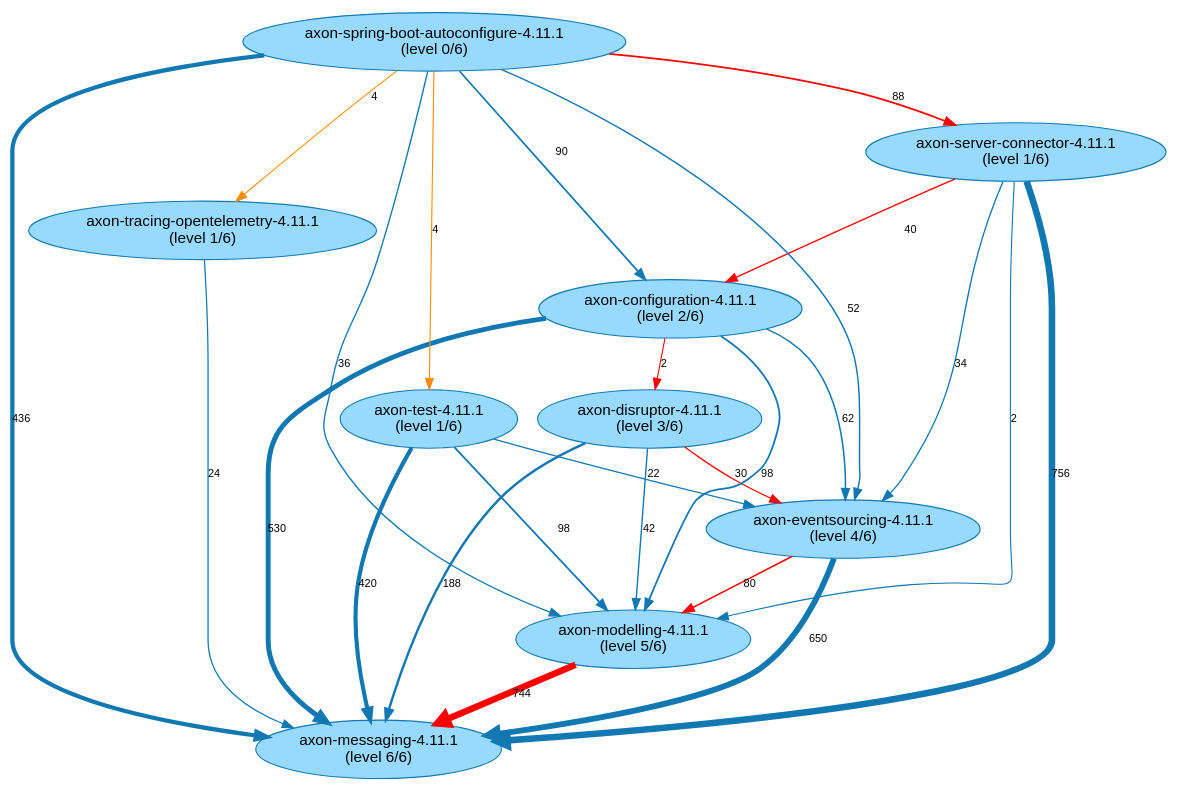
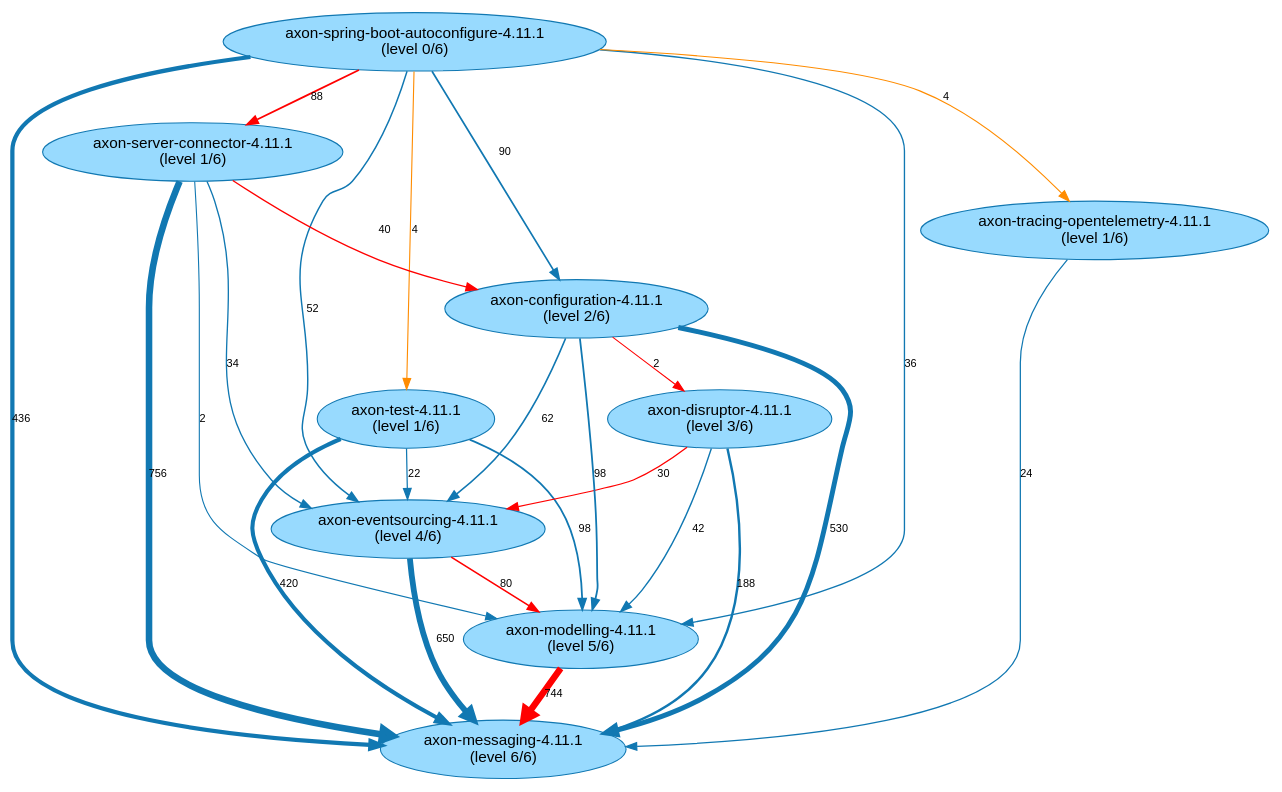
The diagram in analysis-results/AxonFramework/latest/path-finding-visualization/JavaArtifactLongestPaths.gv (JohT/code-graph-analysis-examples), drawn with Graphviz before and after one commit. The commit also changed other lines of this file and 399 other files, not shown here.

```diff
--- a/analysis-results/AxonFramework/latest/path-finding-visualization/JavaArtifactLongestPaths.gv
+++ b/analysis-results/AxonFramework/latest/path-finding-visualization/JavaArtifactLongestPaths.gv
@@ -1,37 +1,37 @@
 // This GraphViz dot file was generated by the script convertQueryResultCsvToGraphVizDotFile.sh with default.template
 
 strict digraph JavaArtifactLongestPaths {
     fontname = "Helvetica,Arial,sans-serif";
     node [fontname = "Helvetica,Arial,sans-serif";];
     edge [fontname = "Helvetica,Arial,sans-serif"; fontsize = 10;];
     node [style = filled; fillcolor = "0.560 0.400 0.999";];
     node [color = "0.560 0.900 0.700";];
     edge [color = "0.560 0.900 0.700";];
 	"axon-eventsourcing-4.11.1\n(level 4/6)" -> "axon-messaging-4.11.1\n(level 6/6)" [label=650; penwidth=5.3; ];
 	"axon-eventsourcing-4.11.1\n(level 4/6)" -> "axon-modelling-4.11.1\n(level 5/6)" [label=80; penwidth=1.52; color="red"; ];
+	"axon-test-4.11.1\n(level 1/6)" -> "axon-messaging-4.11.1\n(level 6/6)" [label=420; penwidth=3.77; ];
+	"axon-test-4.11.1\n(level 1/6)" -> "axon-modelling-4.11.1\n(level 5/6)" [label=98; penwidth=1.64; ];
+	"axon-test-4.11.1\n(level 1/6)" -> "axon-eventsourcing-4.11.1\n(level 4/6)" [label=22; penwidth=1.13; ];
 	"axon-disruptor-4.11.1\n(level 3/6)" -> "axon-messaging-4.11.1\n(level 6/6)" [label=188; penwidth=2.23; ];
 	"axon-disruptor-4.11.1\n(level 3/6)" -> "axon-modelling-4.11.1\n(level 5/6)" [label=42; penwidth=1.27; ];
 	"axon-disruptor-4.11.1\n(level 3/6)" -> "axon-eventsourcing-4.11.1\n(level 4/6)" [label=30; penwidth=1.19; color="red"; ];
 	"axon-configuration-4.11.1\n(level 2/6)" -> "axon-messaging-4.11.1\n(level 6/6)" [label=530; penwidth=4.5; ];
 	"axon-configuration-4.11.1\n(level 2/6)" -> "axon-eventsourcing-4.11.1\n(level 4/6)" [label=62; penwidth=1.4; ];
 	"axon-configuration-4.11.1\n(level 2/6)" -> "axon-modelling-4.11.1\n(level 5/6)" [label=98; penwidth=1.64; ];
 	"axon-configuration-4.11.1\n(level 2/6)" -> "axon-disruptor-4.11.1\n(level 3/6)" [label=2; penwidth=1.0; color="red"; ];
 	"axon-modelling-4.11.1\n(level 5/6)" -> "axon-messaging-4.11.1\n(level 6/6)" [label=744; penwidth=5.92; color="red"; ];
-	"axon-tracing-opentelemetry-4.11.1\n(level 1/6)" -> "axon-messaging-4.11.1\n(level 6/6)" [label=24; penwidth=1.15; ];
+	"axon-spring-boot-autoconfigure-4.11.1\n(level 0/6)" -> "axon-messaging-4.11.1\n(level 6/6)" [label=436; penwidth=3.88; ];
+	"axon-spring-boot-autoconfigure-4.11.1\n(level 0/6)" -> "axon-modelling-4.11.1\n(level 5/6)" [label=36; penwidth=1.23; ];
+	"axon-spring-boot-autoconfigure-4.11.1\n(level 0/6)" -> "axon-configuration-4.11.1\n(level 2/6)" [label=90; penwidth=1.58; ];
+	"axon-spring-boot-autoconfigure-4.11.1\n(level 0/6)" -> "axon-eventsourcing-4.11.1\n(level 4/6)" [label=52; penwidth=1.33; ];
+	"axon-spring-boot-autoconfigure-4.11.1\n(level 0/6)" -> "axon-server-connector-4.11.1\n(level 1/6)" [label=88; penwidth=1.57; color="red"; ];
+	"axon-spring-boot-autoconfigure-4.11.1\n(level 0/6)" -> "axon-test-4.11.1\n(level 1/6)" [label=4; penwidth=1.01; ];
+	"axon-spring-boot-autoconfigure-4.11.1\n(level 0/6)" -> "axon-tracing-opentelemetry-4.11.1\n(level 1/6)" [label=4; penwidth=1.01; ];
 	"axon-server-connector-4.11.1\n(level 1/6)" -> "axon-messaging-4.11.1\n(level 6/6)" [label=756; penwidth=6.0; ];
 	"axon-server-connector-4.11.1\n(level 1/6)" -> "axon-configuration-4.11.1\n(level 2/6)" [label=40; penwidth=1.25; color="red"; ];
 	"axon-server-connector-4.11.1\n(level 1/6)" -> "axon-eventsourcing-4.11.1\n(level 4/6)" [label=34; penwidth=1.21; ];
 	"axon-server-connector-4.11.1\n(level 1/6)" -> "axon-modelling-4.11.1\n(level 5/6)" [label=2; penwidth=1.0; ];
-	"axon-test-4.11.1\n(level 1/6)" -> "axon-modelling-4.11.1\n(level 5/6)" [label=98; penwidth=1.64; ];
-	"axon-test-4.11.1\n(level 1/6)" -> "axon-messaging-4.11.1\n(level 6/6)" [label=420; penwidth=3.77; ];
-	"axon-test-4.11.1\n(level 1/6)" -> "axon-eventsourcing-4.11.1\n(level 4/6)" [label=22; penwidth=1.13; ];
-	"axon-spring-boot-autoconfigure-4.11.1\n(level 0/6)" -> "axon-server-connector-4.11.1\n(level 1/6)" [label=88; penwidth=1.57; color="red"; ];
-	"axon-spring-boot-autoconfigure-4.11.1\n(level 0/6)" -> "axon-configuration-4.11.1\n(level 2/6)" [label=90; penwidth=1.58; ];
-	"axon-spring-boot-autoconfigure-4.11.1\n(level 0/6)" -> "axon-test-4.11.1\n(level 1/6)" [label=4; penwidth=1.01; ];
-	"axon-spring-boot-autoconfigure-4.11.1\n(level 0/6)" -> "axon-messaging-4.11.1\n(level 6/6)" [label=436; penwidth=3.88; ];
-	"axon-spring-boot-autoconfigure-4.11.1\n(level 0/6)" -> "axon-eventsourcing-4.11.1\n(level 4/6)" [label=52; penwidth=1.33; ];
-	"axon-spring-boot-autoconfigure-4.11.1\n(level 0/6)" -> "axon-modelling-4.11.1\n(level 5/6)" [label=36; penwidth=1.23; ];
-	"axon-spring-boot-autoconfigure-4.11.1\n(level 0/6)" -> "axon-tracing-opentelemetry-4.11.1\n(level 1/6)" [label=4; penwidth=1.01; ];
+	"axon-tracing-opentelemetry-4.11.1\n(level 1/6)" -> "axon-messaging-4.11.1\n(level 6/6)" [label=24; penwidth=1.15; ];
+	"axon-spring-boot-autoconfigure-4.11.1\n(level 0/6)" -> "axon-test-4.11.1\n(level 1/6)" [label=4; penwidth=1.01; color="darkorange"; ];
 	"axon-spring-boot-autoconfigure-4.11.1\n(level 0/6)" -> "axon-tracing-opentelemetry-4.11.1\n(level 1/6)" [label=4; penwidth=1.01; color="darkorange"; ];
-	"axon-spring-boot-autoconfigure-4.11.1\n(level 0/6)" -> "axon-test-4.11.1\n(level 1/6)" [label=4; penwidth=1.01; color="darkorange"; ];
 }
```
